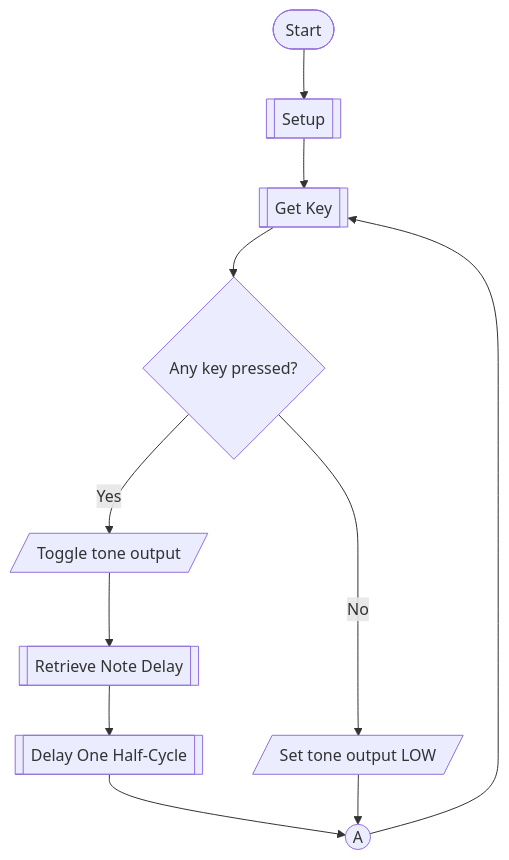
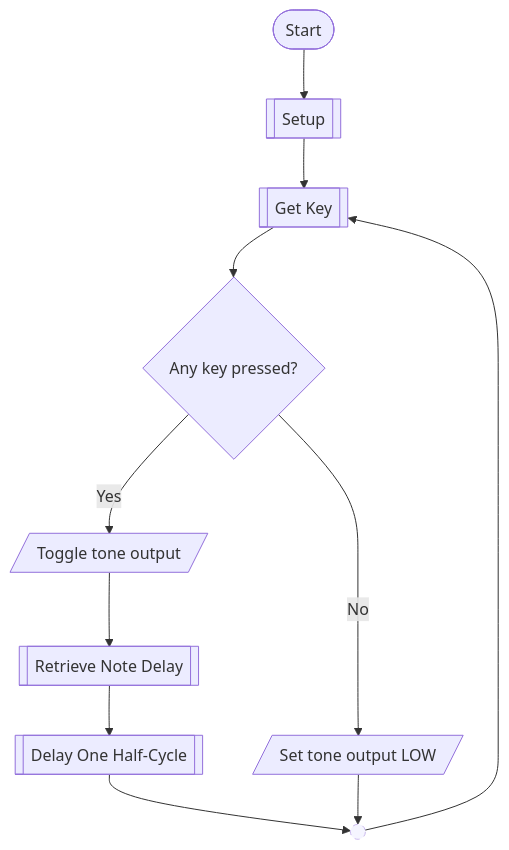
Before and after one commit to rosstimo/RCET3375: the diagram in LabAssignments/Lab04-Muzak.md, drawn with Mermaid. The commit also changed other lines of this file, not shown here.

Commit message:
minor edit for clarity

````diff
--- a/LabAssignments/Lab04-Muzak.md
+++ b/LabAssignments/Lab04-Muzak.md
@@ -94,26 +94,29 @@
 ```mermaid
 flowchart TB
     START([Start])
     SETUP[[Setup]]
     GETKEY[[Get Key]]
     KEY{Any key pressed?}
     TOGGLE[/Toggle tone output/]
     NOTE[[Retrieve Note Delay]]
     DELAY[[Delay One Half-Cycle]]
     LOW[/Set tone output LOW/]
-    LOOP((A))
+    %% LOOP is here to make the flow layout cleaner
+    LOOP(( ))
 
     START --> SETUP
     SETUP --> GETKEY
     GETKEY --> KEY
 
     KEY -->|Yes| TOGGLE
     TOGGLE --> NOTE
     NOTE --> DELAY
     DELAY --> LOOP
 
     KEY -->|No| LOW
     LOW --> LOOP
 
     LOOP --> GETKEY
+    %% Adjust the look of the LOOP path combiner 
+    style LOOP opacity:0.5,stroke-dasharray: 5 5
 ```
````
